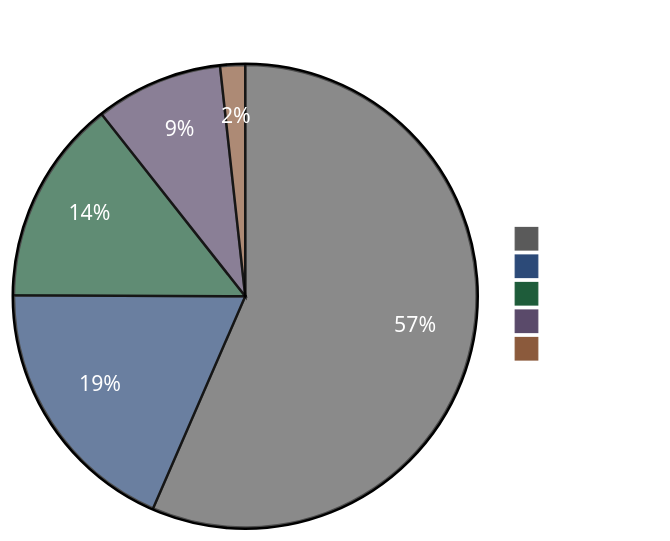
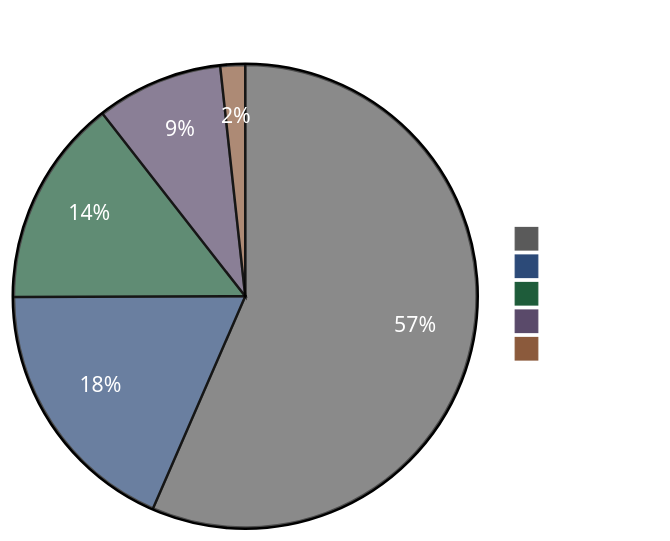
Before and after one commit to ccmeteorljh/reco-arxiv-daily: the diagram in README.md, drawn with Mermaid. The commit also changed other lines of this file and 7 other files, not shown here.

````diff
--- a/README.md
+++ b/README.md
@@ -6,19 +6,19 @@
 ```mermaid
 %%{init: {'theme':'base', 'themeVariables': {
   'pie1':'#5a5a5a',
   'pie2':'#2c4a78',
   'pie3':'#1e5c3a',
   'pie4':'#5a4a6a',
   'pie5':'#8b5a3c',
   'pieTitleTextColor':'#ffffff',
   'pieSectionTextColor':'#ffffff',
   'pieLegendTextColor':'#ffffff'
 }}}%%
 pie showData
 title Paper Distribution by Tag
-  "Other" : 585
+  "Other" : 589
   "LLM" : 192
-  "GR" : 148
+  "GR" : 151
   "Seq" : 92
   "Scaling" : 18
 ```
````
